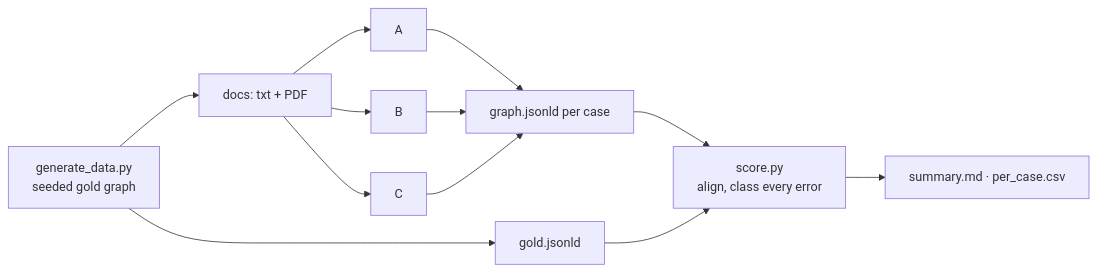
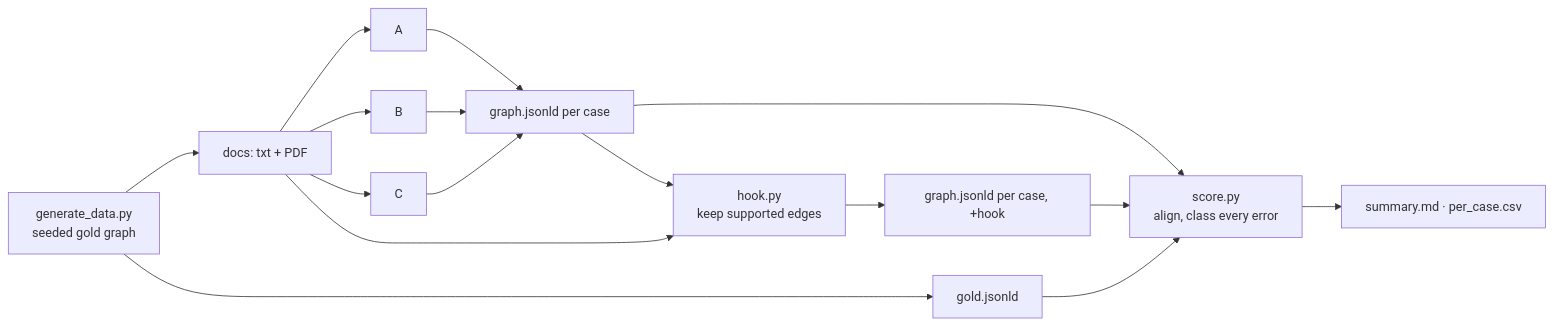
Before and after one commit to mrinaalr/case-uco-graph-integrity: the fourth of 4 diagrams in README.md, drawn with Mermaid. The commit also changed other lines of this file and 17 other files, not shown here.

````diff
--- a/README.md
+++ b/README.md
@@ -169,10 +171,13 @@
 ```mermaid
 flowchart LR
     GEN[generate_data.py<br/>seeded gold graph] --> GOLD[gold.jsonld]
     GEN --> DOCS[docs: txt + PDF]
     DOCS --> A & B & C
     A & B & C --> GR[graph.jsonld per case]
-    GR --> SC[score.py<br/>align, class every error]
+    GR --> HK[hook.py<br/>keep supported edges]
+    DOCS --> HK
+    HK --> GH[graph.jsonld per case, +hook]
+    GR & GH --> SC[score.py<br/>align, class every error]
     GOLD --> SC
     SC --> SUM[summary.md · per_case.csv]
 ```
````
